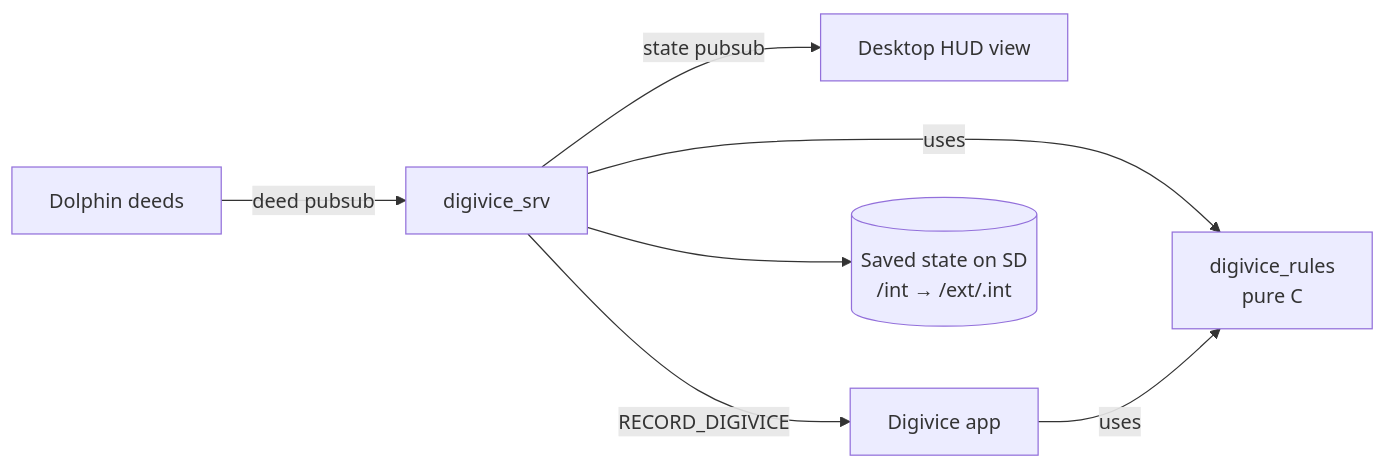
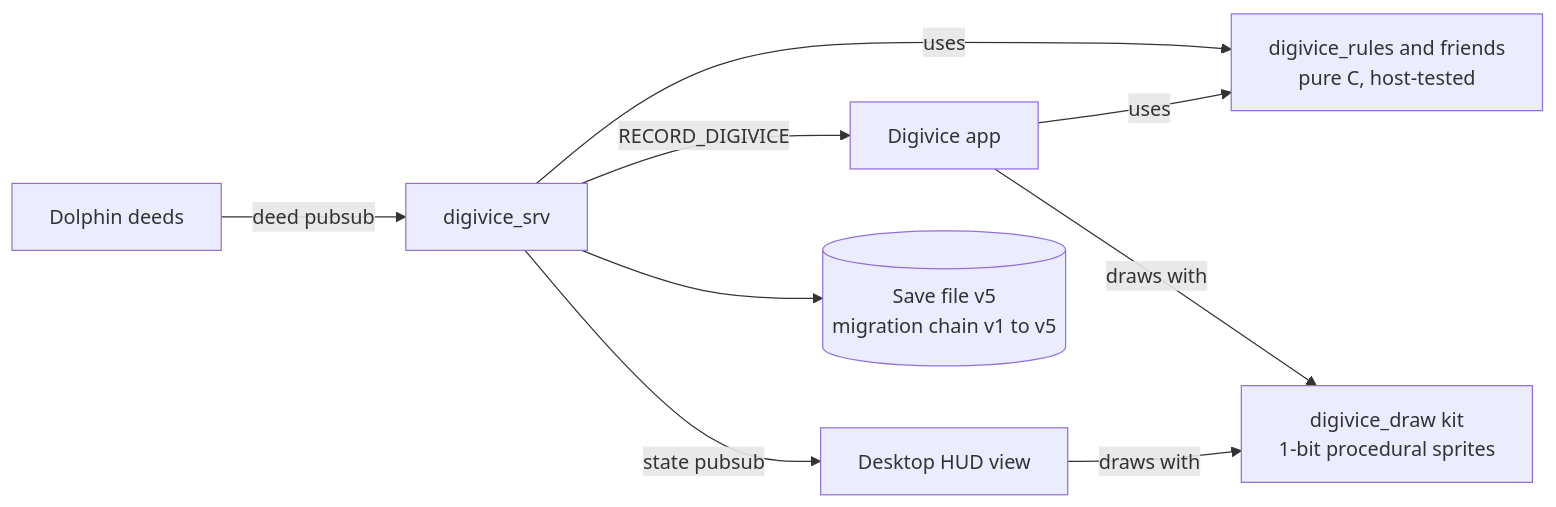
Before and after one commit to pausf/flipper-digivice: the diagram in ReadMe.md, drawn with Mermaid. The commit also changed other lines of this file, not shown here.

Commit message:
docs: rewrite the README for the digivice v3.4 fork

````diff
--- a/ReadMe.md
+++ b/ReadMe.md
@@ -36,9 +101,11 @@
 ```mermaid
 flowchart LR
     D[Dolphin deeds] -->|deed pubsub| S[digivice_srv]
-    S -->|uses| R[digivice_rules<br/>pure C]
+    S -->|uses| R[digivice_rules and friends<br/>pure C, host-tested]
     S -->|state pubsub| H[Desktop HUD view]
     S -->|RECORD_DIGIVICE| A[Digivice app]
     A -->|uses| R
-    S --> F[(Saved state on SD<br/>/int → /ext/.int)]
+    A -->|draws with| K[digivice_draw kit<br/>1-bit procedural sprites]
+    H -->|draws with| K
+    S --> F[(Save file v5<br/>migration chain v1 to v5)]
 ```
````
